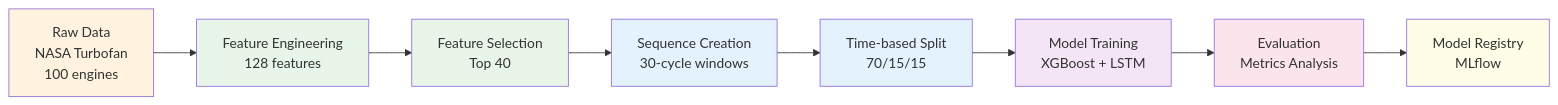
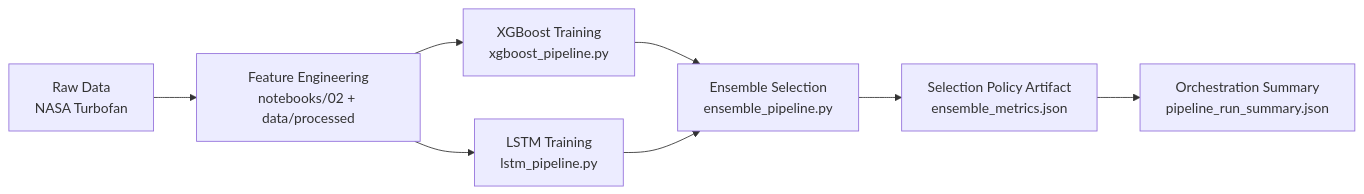
The second of 5 diagrams in assets/architecture.md (atikulmunna/predictive-maintenance-mlops), drawn with Mermaid before and after one commit. The commit also changed other lines of this file and 4 other files, not shown here.

Commit message:
Update architecture docs and add dashboard screenshots

````diff
--- a/assets/architecture.md
+++ b/assets/architecture.md
@@ -57,22 +45,17 @@
 ```mermaid
 graph LR
-    A["Raw Data<br/>NASA Turbofan<br/>100 engines"] 
-    B["Feature Engineering<br/>128 features"]
-    C["Feature Selection<br/>Top 40"]
-    D["Sequence Creation<br/>30-cycle windows"]
-    E["Time-based Split<br/>70/15/15"]
-    F["Model Training<br/>XGBoost + LSTM"]
-    G["Evaluation<br/>Metrics Analysis"]
-    H["Model Registry<br/>MLflow"]
-    
-    A-->B-->C-->D-->E-->F-->G-->H
-    
-    style A fill:#FFF3E0
-    style B fill:#E8F5E9
-    style C fill:#E8F5E9
-    style D fill:#E3F2FD
-    style E fill:#E3F2FD
-    style F fill:#F3E5F5
-    style G fill:#FCE4EC
-    style H fill:#FFFDE7
+    A["Raw Data<br/>NASA Turbofan"] 
+    B["Feature Engineering<br/>notebooks/02 + data/processed"]
+    C["XGBoost Training<br/>xgboost_pipeline.py"]
+    D["LSTM Training<br/>lstm_pipeline.py"]
+    E["Ensemble Selection<br/>ensemble_pipeline.py"]
+    F["Selection Policy Artifact<br/>ensemble_metrics.json"]
+    G["Orchestration Summary<br/>pipeline_run_summary.json"]
+
+    A --> B --> C
+    B --> D
+    C --> E
+    D --> E
+    E --> F
+    F --> G
 ```
````
